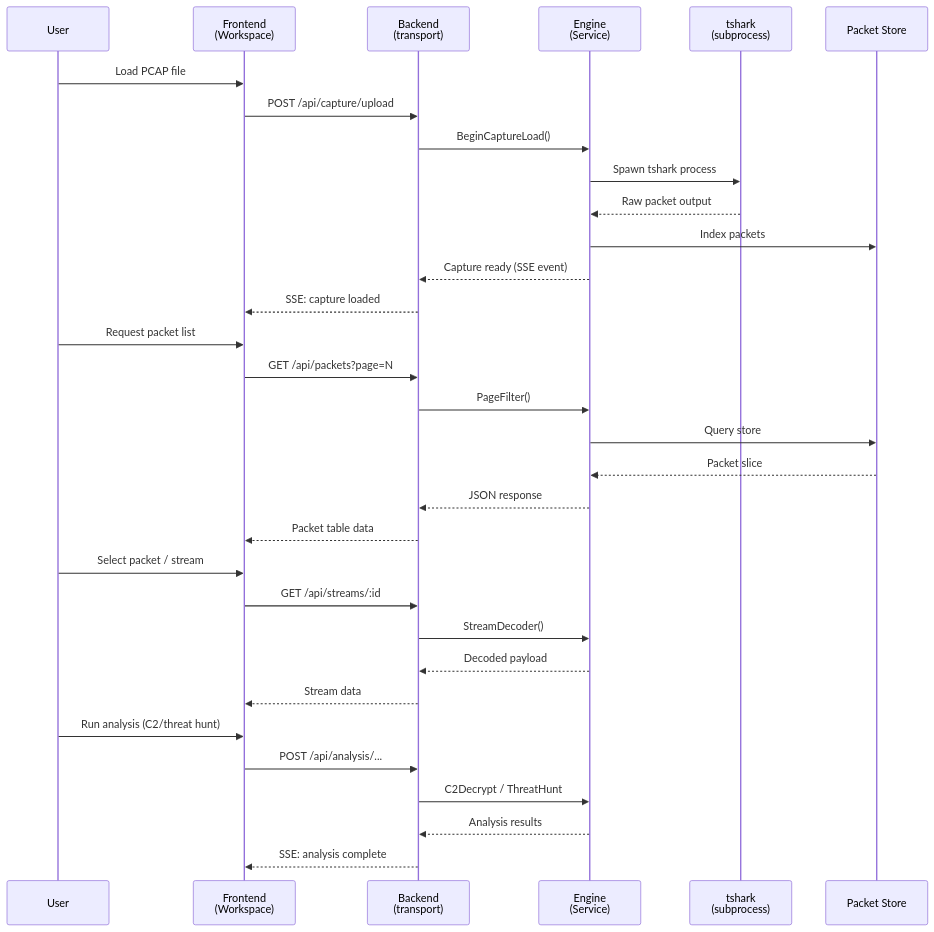
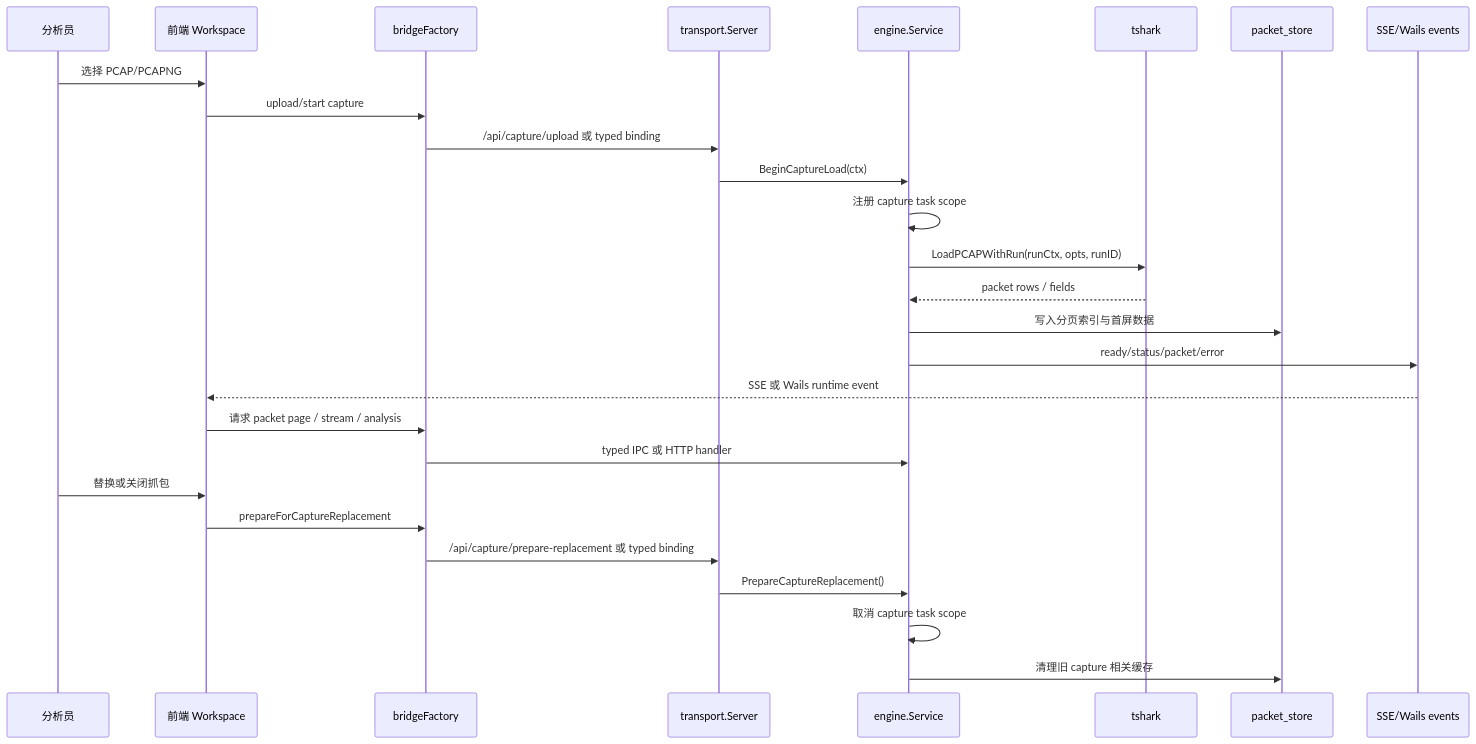
One commit to lQ-A-Ql/Gshark changed the fourth of 10 diagrams in docs/architecture/README.md. Above: the diagram before and after it, drawn with Mermaid. The commit also changed other lines of this file and 41 other files, not shown here.

````diff
--- a/docs/architecture/README.md
+++ b/docs/architecture/README.md
@@ -359,38 +105,31 @@
 ```mermaid
 sequenceDiagram
-    participant U as User
-    participant FE as Frontend<br/>(Workspace)
-    participant BE as Backend<br/>(transport)
-    participant ENG as Engine<br/>(Service)
-    participant TS as tshark<br/>(subprocess)
-    participant PKT as Packet Store
+    participant User as 分析员
+    participant FE as 前端 Workspace
+    participant Bridge as bridgeFactory
+    participant BE as transport.Server
+    participant SVC as engine.Service
+    participant TS as tshark
+    participant Store as packet_store
+    participant Events as SSE/Wails events
 
-    U->>FE: Load PCAP file
-    FE->>BE: POST /api/capture/upload
-    BE->>ENG: BeginCaptureLoad()
-    ENG->>TS: Spawn tshark process
-    TS-->>ENG: Raw packet output
-    ENG->>PKT: Index packets
-    ENG-->>BE: Capture ready (SSE event)
-    BE-->>FE: SSE: capture loaded
+    User->>FE: 选择 PCAP/PCAPNG
+    FE->>Bridge: upload/start capture
+    Bridge->>BE: /api/capture/upload 或 typed binding
+    BE->>SVC: BeginCaptureLoad(ctx)
+    SVC->>SVC: 注册 capture task scope
+    SVC->>TS: LoadPCAPWithRun(runCtx, opts, runID)
+    TS-->>SVC: packet rows / fields
+    SVC->>Store: 写入分页索引与首屏数据
+    SVC->>Events: ready/status/packet/error
+    Events-->>FE: SSE 或 Wails runtime event
+    FE->>Bridge: 请求 packet page / stream / analysis
+    Bridge->>SVC: typed IPC 或 HTTP handler
 
-    U->>FE: Request packet list
-    FE->>BE: GET /api/packets?page=N
-    BE->>ENG: PageFilter()
-    ENG->>PKT: Query store
-    PKT-->>ENG: Packet slice
-    ENG-->>BE: JSON response
-    BE-->>FE: Packet table data
-
-    U->>FE: Select packet / stream
-    FE->>BE: GET /api/streams/:id
-    BE->>ENG: StreamDecoder()
-    ENG-->>BE: Decoded payload
-    BE-->>FE: Stream data
-
-    U->>FE: Run analysis (C2/threat hunt)
-    FE->>BE: POST /api/analysis/...
-    BE->>ENG: C2Decrypt / ThreatHunt
-    ENG-->>BE: Analysis results
-    BE-->>FE: SSE: analysis complete
+    User->>FE: 替换或关闭抓包
+    FE->>Bridge: prepareForCaptureReplacement
+    Bridge->>BE: /api/capture/prepare-replacement 或 typed binding
+    BE->>SVC: PrepareCaptureReplacement()
+    SVC->>SVC: 取消 capture task scope
+    SVC->>Store: 清理旧 capture 相关缓存
 ```
````
